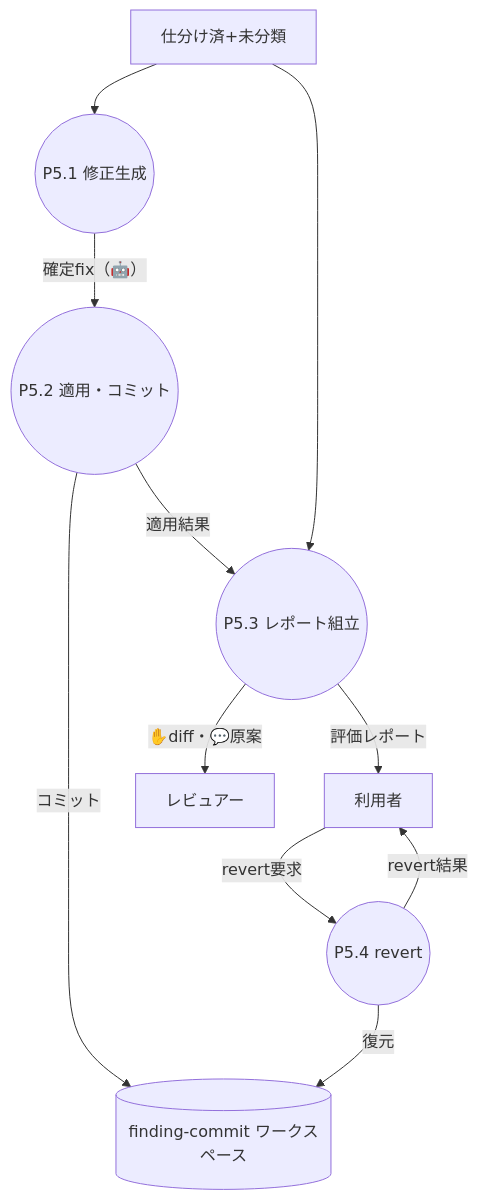
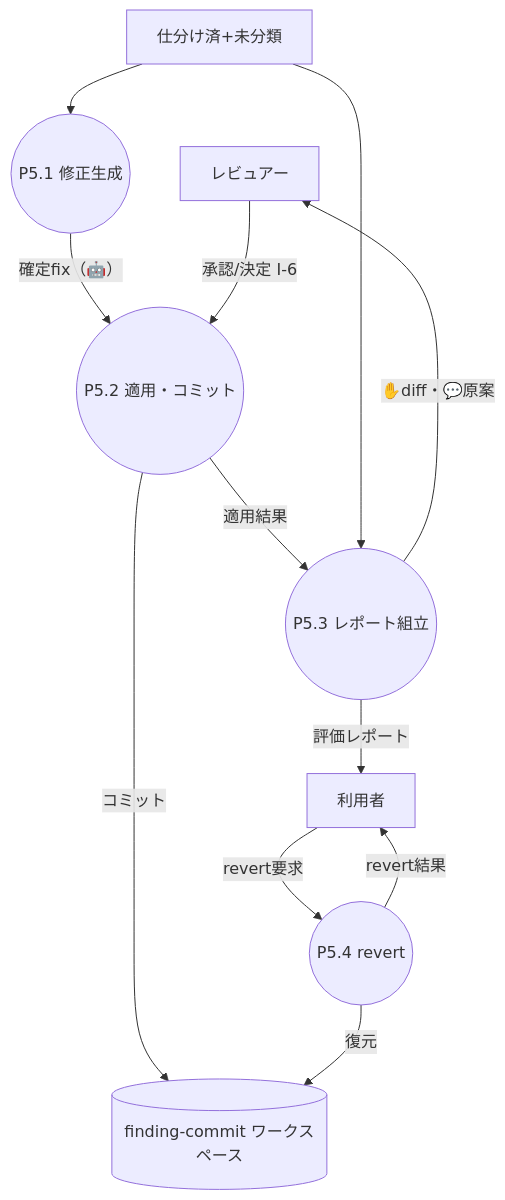
One commit to hiratashinnya/review-system changed the fifth of 27 diagrams in docs/process/02-decomposition.md. Above: the diagram before and after it, drawn with Mermaid. The commit also changed other lines of this file and 3 other files, not shown here.

````diff
--- a/docs/process/02-decomposition.md
+++ b/docs/process/02-decomposition.md
@@ -186,20 +196,21 @@
 ```mermaid
 flowchart TB
   DS3[(finding-commit ワークスペース)]
   User[利用者]
   Reviewer[レビュアー]
   P51((P5.1 修正生成))
   P52((P5.2 適用・コミット))
   P53((P5.3 レポート組立))
   P54((P5.4 revert))
   IN[仕分け済+未分類] --> P51
   P51 -->|確定fix（🤖）| P52
+  P53 -->|✋diff・💬原案| Reviewer
+  Reviewer -->|承認/決定 I-6| P52
   P52 -->|コミット| DS3
   P52 -->|適用結果| P53
   IN --> P53
   P53 -->|評価レポート| User
-  P53 -->|✋diff・💬原案| Reviewer
   User -->|revert要求| P54
   P54 -->|復元| DS3
   P54 -->|revert結果| User
 ```
````
